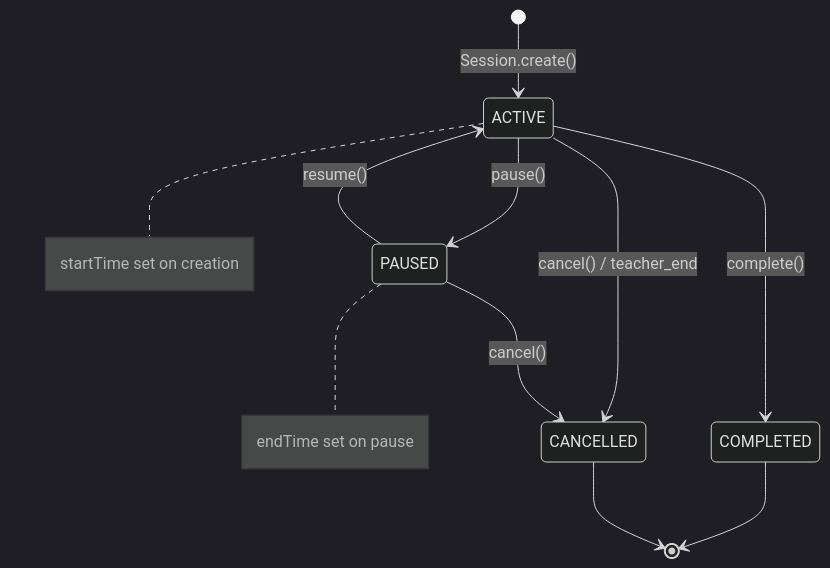
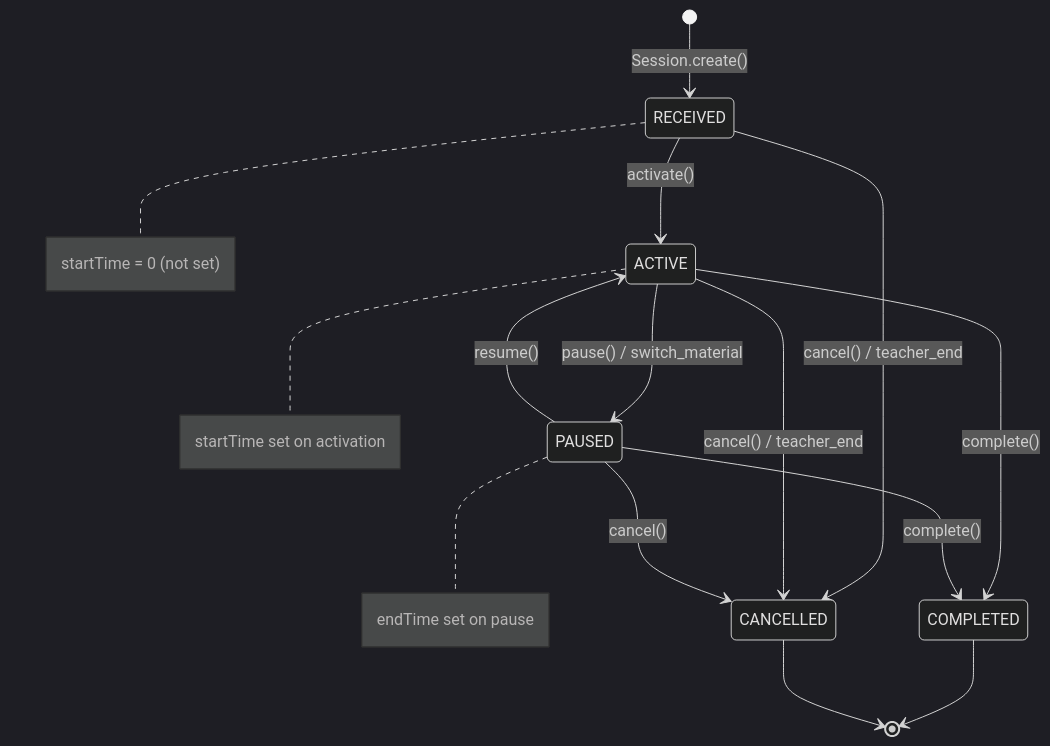
The eighth of 13 diagrams in docs/Android System Design.md (raphaellith/Manuscripta), drawn with Mermaid (dark theme) before and after one commit. The commit also changed other lines of this file and 5 other files, not shown here.

First line of the commit message:
feat: Introduce session activation flow and update session state logic

````diff
--- a/docs/Android System Design.md
+++ b/docs/Android System Design.md
@@ -293,22 +293,30 @@
 ```mermaid
 stateDiagram-v2
-    [*] --> ACTIVE: Session.create()
+    [*] --> RECEIVED: Session.create()
     
-    ACTIVE --> PAUSED: pause()
+    RECEIVED --> ACTIVE: activate()
+    RECEIVED --> CANCELLED: cancel() / teacher_end
+    
+    ACTIVE --> PAUSED: pause() / switch_material
     ACTIVE --> COMPLETED: complete()
     ACTIVE --> CANCELLED: cancel() / teacher_end
     
     PAUSED --> ACTIVE: resume()
+    PAUSED --> COMPLETED: complete()
     PAUSED --> CANCELLED: cancel()
     
     COMPLETED --> [*]
     CANCELLED --> [*]
     
+    note right of RECEIVED
+        startTime = 0 (not set)
+    end note
+    
     note right of ACTIVE
-        startTime set on creation
+        startTime set on activation
     end note
     
     note right of PAUSED
         endTime set on pause
     end note
 ```
````
